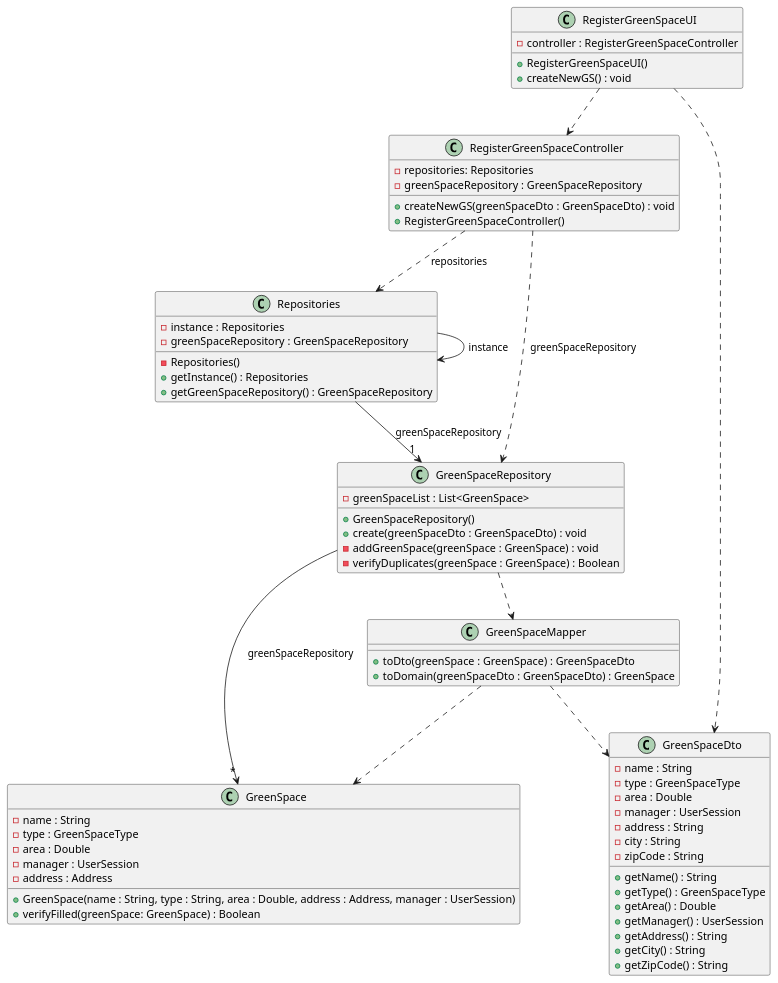
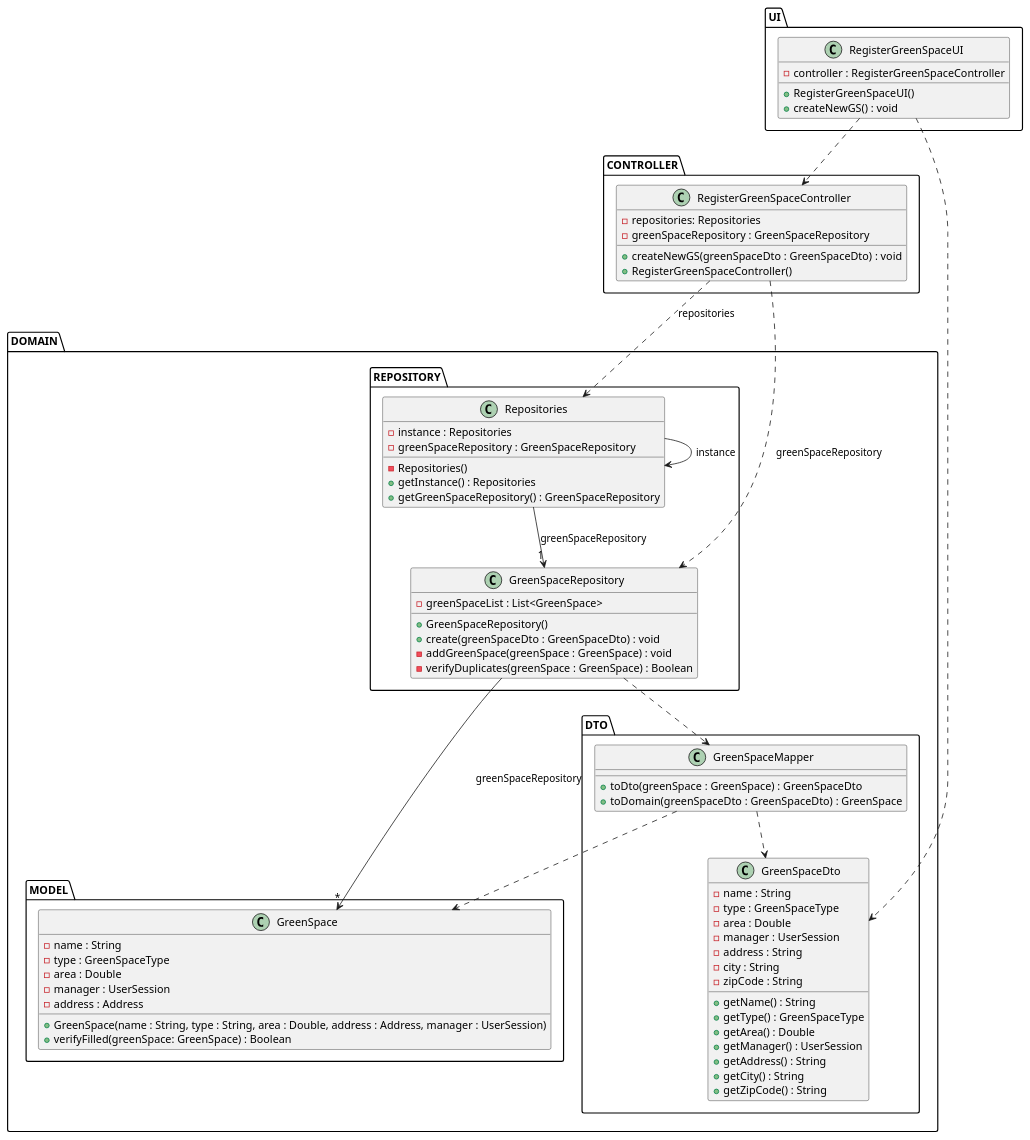
One commit to ricardomm7/leaflink changed the diagram in docs/sprintC/us020/03.design/puml/us020-class-diagram.puml. Above: the diagram before and after it, drawn with PlantUML. The commit also changed 2 other files, not shown here.

Commit message:
Added the packages to class diagrams. #131 #124

```diff
--- a/docs/sprintC/us020/03.design/puml/us020-class-diagram.puml
+++ b/docs/sprintC/us020/03.design/puml/us020-class-diagram.puml
@@ -1,80 +1,89 @@
 @startuml
 skinparam shadowing false
 skinparam line type polyline
 
 'left to right direction
-
+package UI {
     class RegisterGreenSpaceUI {
         - controller : RegisterGreenSpaceController
         + RegisterGreenSpaceUI()
         + createNewGS() : void
         '- parseAddress(street : String, zipcode : String, city : String) : Address
     }
+}
 
+package CONTROLLER {
     class RegisterGreenSpaceController {
         - repositories: Repositories
         - greenSpaceRepository : GreenSpaceRepository
         + createNewGS(greenSpaceDto : GreenSpaceDto) : void
         + RegisterGreenSpaceController()
     }
+}
 
+package DOMAIN {
+package REPOSITORY {
     class Repositories {
         - instance : Repositories
         - greenSpaceRepository : GreenSpaceRepository
         - Repositories()
         + getInstance() : Repositories
         + getGreenSpaceRepository() : GreenSpaceRepository
     }
 
     class GreenSpaceRepository {
         - greenSpaceList : List<GreenSpace>
         + GreenSpaceRepository()
         + create(greenSpaceDto : GreenSpaceDto) : void
         - addGreenSpace(greenSpace : GreenSpace) : void
         - verifyDuplicates(greenSpace : GreenSpace) : Boolean
     }
-
+    }
+package MODEL{
     class GreenSpace {
         - name : String
         - type : GreenSpaceType
         - area : Double
         - manager : UserSession
         - address : Address
         + GreenSpace(name : String, type : String, area : Double, address : Address, manager : UserSession)
         + verifyFilled(greenSpace: GreenSpace) : Boolean
     }
-
+}
+package DTO{
     class GreenSpaceDto{
         - name : String
         - type : GreenSpaceType
         - area : Double
         - manager : UserSession
         - address : String
         - city : String
         - zipCode : String
         + getName() : String
         + getType() : GreenSpaceType
         + getArea() : Double
         + getManager() : UserSession
         + getAddress() : String
         + getCity() : String
         + getZipCode() : String
     }
 
     class GreenSpaceMapper{
         +toDto(greenSpace : GreenSpace) : GreenSpaceDto
         +toDomain(greenSpaceDto : GreenSpaceDto) : GreenSpace
     }
+    }
+}
 
 RegisterGreenSpaceUI ..> RegisterGreenSpaceController
 RegisterGreenSpaceController ..> Repositories: repositories
 Repositories --> Repositories: instance
 RegisterGreenSpaceController ..> GreenSpaceRepository: greenSpaceRepository
 Repositories --> "1"GreenSpaceRepository: greenSpaceRepository
 GreenSpaceRepository -->"*" GreenSpace: greenSpaceRepository
 RegisterGreenSpaceUI ..> GreenSpaceDto
 GreenSpaceRepository ..> GreenSpaceMapper
 GreenSpaceMapper ..> GreenSpace
 GreenSpaceMapper ..> GreenSpaceDto
 
 @enduml
```
